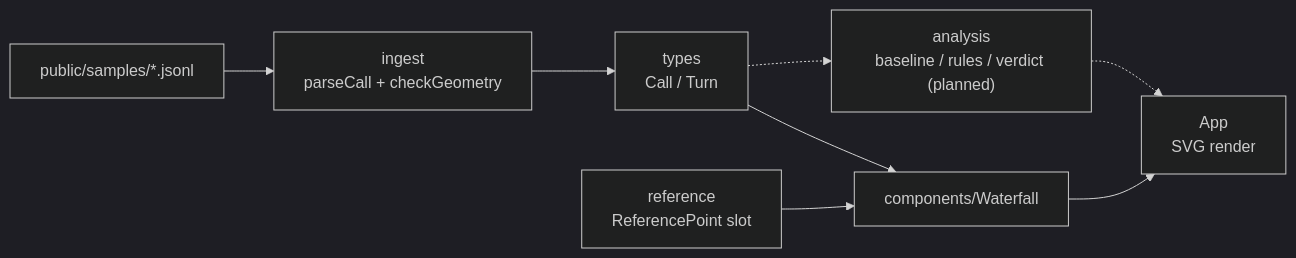
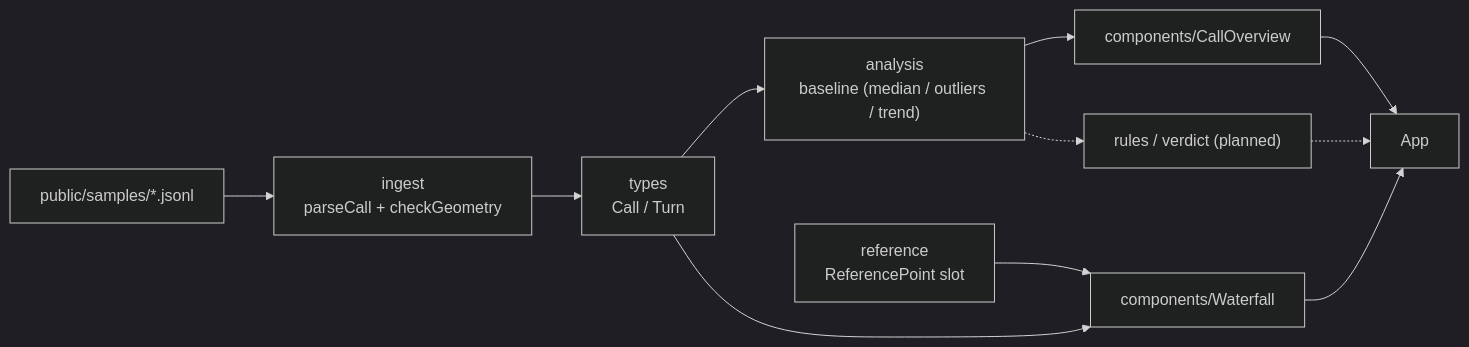
The first of 2 diagrams in documentation/ARCHITECTURE.md (emmettralston/Voice-Agent-Latency-Profiler), drawn with Mermaid (dark theme) before and after one commit. The commit also changed other lines of this file and 10 other files, not shown here.

First line of the commit message:
Add call overview with median comparison and interface labels

````diff
--- a/documentation/ARCHITECTURE.md
+++ b/documentation/ARCHITECTURE.md
@@ -21,10 +23,13 @@
 ```mermaid
 flowchart LR
   samples["public/samples/*.jsonl"] --> ingest["ingest<br/>parseCall + checkGeometry"]
   ingest --> types["types<br/>Call / Turn"]
+  types --> analysis["analysis<br/>baseline (median / outliers / trend)"]
   types --> waterfall["components/Waterfall"]
+  analysis --> overview["components/CallOverview"]
   reference["reference<br/>ReferencePoint slot"] --> waterfall
-  waterfall --> app["App<br/>SVG render"]
-  types -.-> analysis["analysis<br/>baseline / rules / verdict (planned)"]
-  analysis -.-> app
+  overview --> app["App"]
+  waterfall --> app
+  analysis -.-> rules["rules / verdict (planned)"]
+  rules -.-> app
 ```
````
